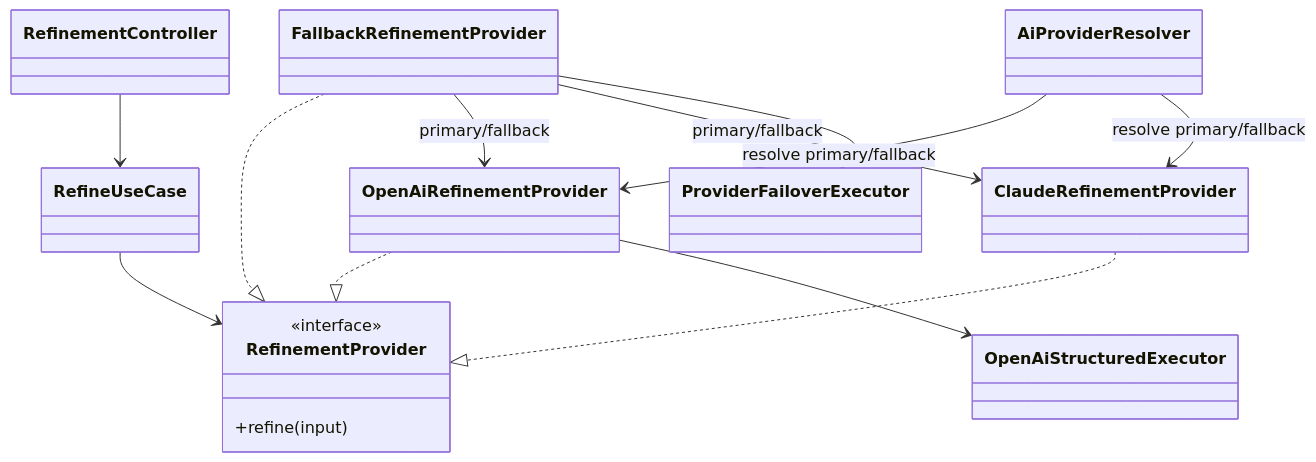
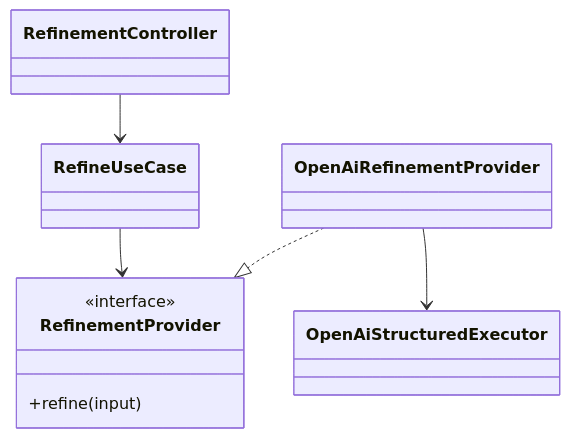
One commit to gustavoarielms/ai-orchestrator changed the diagram in docs/diagrams/refinement-class-diagram.md. Above: the diagram before and after it, drawn with Mermaid. The commit also changed 38 other files, not shown here.

First line of the commit message:
refactor(ai): remove Claude provider and simplify to single OpenAI runtime

````diff
--- a/docs/diagrams/refinement-class-diagram.md
+++ b/docs/diagrams/refinement-class-diagram.md
@@ -3,31 +3,20 @@
 ```mermaid
 classDiagram
     class RefinementController
     class RefineUseCase
-    class AiProviderResolver
     class OpenAiStructuredExecutor
-    class ProviderFailoverExecutor
 
     class RefinementProvider {
       <<interface>>
       +refine(input)
     }
 
     class OpenAiRefinementProvider
-    class ClaudeRefinementProvider
-    class FallbackRefinementProvider
 
     RefinementController --> RefineUseCase
     RefineUseCase --> RefinementProvider
 
     OpenAiRefinementProvider ..|> RefinementProvider
-    ClaudeRefinementProvider ..|> RefinementProvider
-    FallbackRefinementProvider ..|> RefinementProvider
 
     OpenAiRefinementProvider --> OpenAiStructuredExecutor
-    FallbackRefinementProvider --> OpenAiRefinementProvider : primary/fallback
-    FallbackRefinementProvider --> ClaudeRefinementProvider : primary/fallback
-    FallbackRefinementProvider --> ProviderFailoverExecutor
-    AiProviderResolver --> OpenAiRefinementProvider : resolve primary/fallback
-    AiProviderResolver --> ClaudeRefinementProvider : resolve primary/fallback
 ```
````
